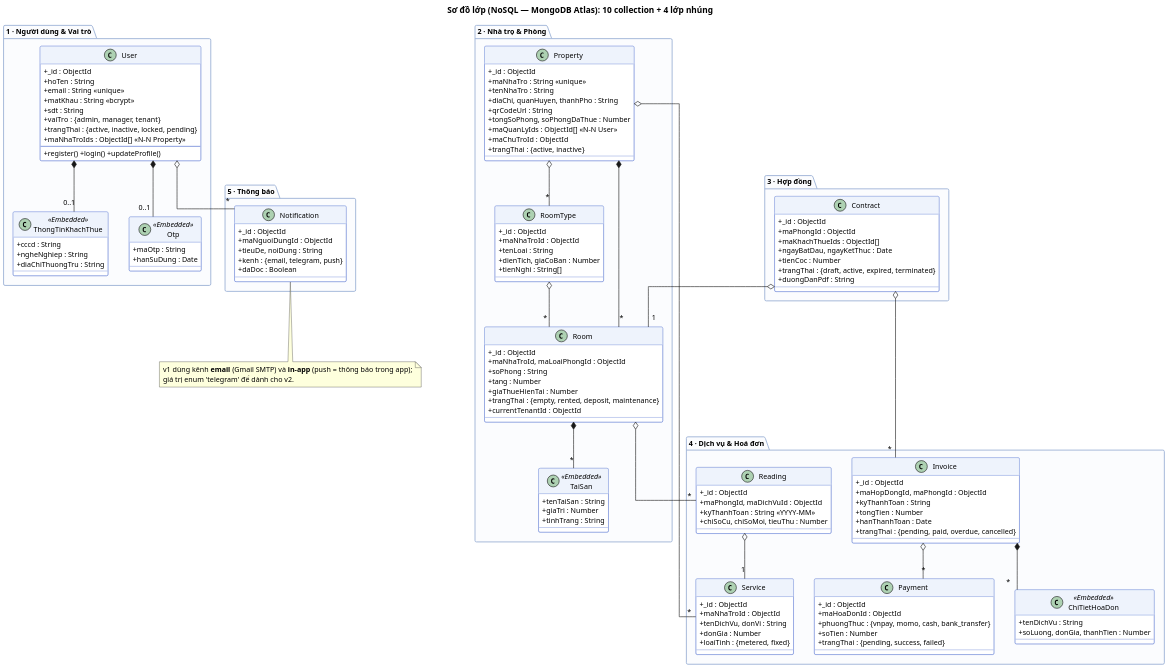
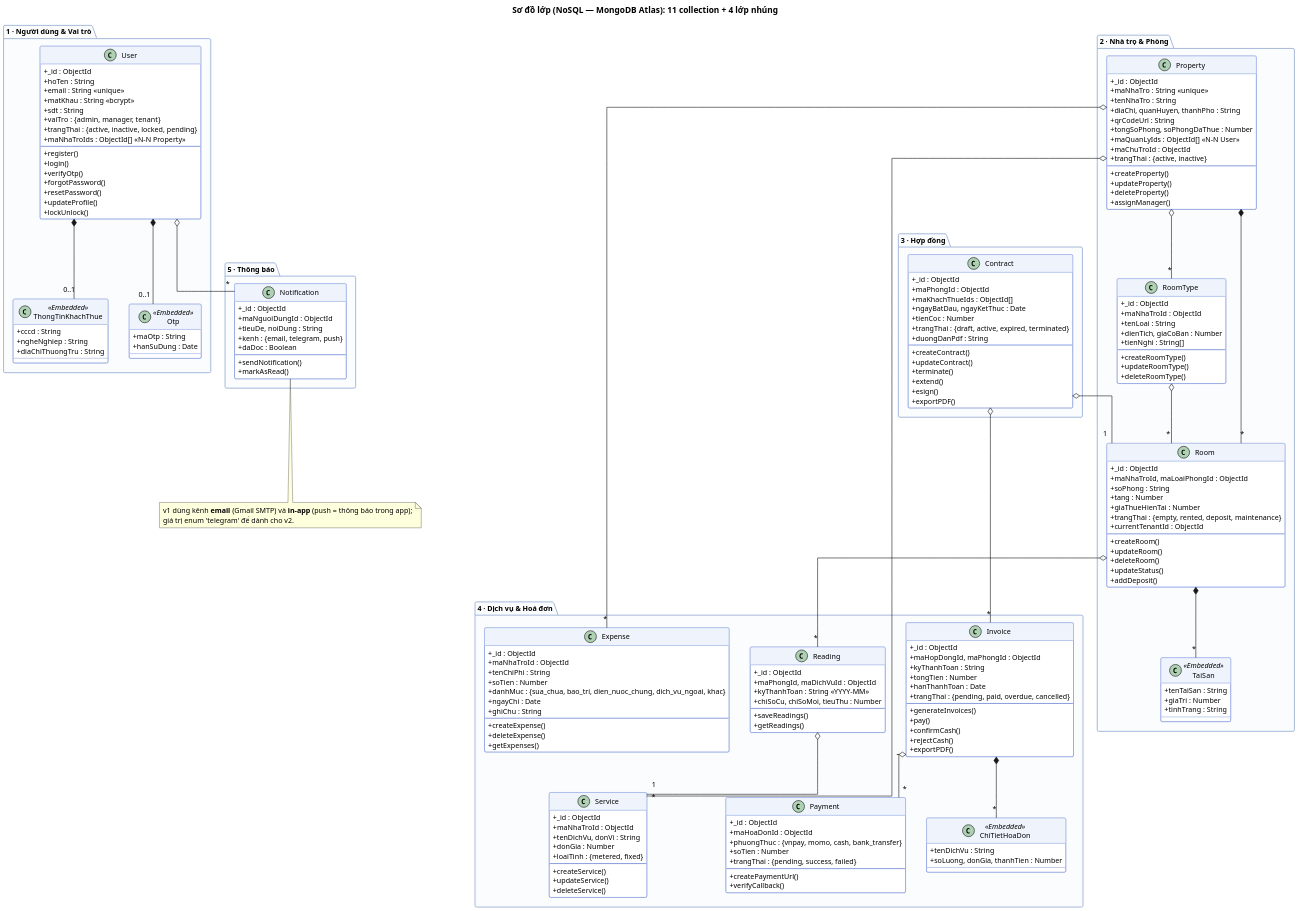
One commit to DiepTuHuy/Hostel_Management changed the diagram in docs/class_diagram.puml. Above: the diagram before and after it, drawn with PlantUML. The commit also changed 26 other files, not shown here.

```diff
--- a/docs/class_diagram.puml
+++ b/docs/class_diagram.puml
@@ -1,5 +1,5 @@
 @startuml ClassDiagram
-title Sơ đồ lớp (NoSQL — MongoDB Atlas): 10 collection + 4 lớp nhúng
+title Sơ đồ lớp (NoSQL — MongoDB Atlas): 11 collection + 4 lớp nhúng
 
 skinparam dpi 150
 skinparam shadowing false
@@ -28,7 +28,13 @@
     +trangThai : {active, inactive, locked, pending}
     +maNhaTroIds : ObjectId[] <<N–N Property>>
     --
-    +register() +login() +updateProfile()
+    +register()
+    +login()
+    +verifyOtp()
+    +forgotPassword()
+    +resetPassword()
+    +updateProfile()
+    +lockUnlock()
   }
   class ThongTinKhachThue <<Embedded>> {
     +cccd : String
@@ -54,6 +60,11 @@
     +maQuanLyIds : ObjectId[] <<N–N User>>
     +maChuTroId : ObjectId
     +trangThai : {active, inactive}
+    --
+    +createProperty()
+    +updateProperty()
+    +deleteProperty()
+    +assignManager()
   }
   class RoomType {
     +_id : ObjectId
@@ -61,6 +72,10 @@
     +tenLoai : String
     +dienTich, giaCoBan : Number
     +tienNghi : String[]
+    --
+    +createRoomType()
+    +updateRoomType()
+    +deleteRoomType()
   }
   class Room {
     +_id : ObjectId
@@ -70,6 +85,12 @@
     +giaThueHienTai : Number
     +trangThai : {empty, rented, deposit, maintenance}
     +currentTenantId : ObjectId
+    --
+    +createRoom()
+    +updateRoom()
+    +deleteRoom()
+    +updateStatus()
+    +addDeposit()
   }
   class TaiSan <<Embedded>> {
     +tenTaiSan : String
@@ -91,6 +112,13 @@
     +tienCoc : Number
     +trangThai : {draft, active, expired, terminated}
     +duongDanPdf : String
+    --
+    +createContract()
+    +updateContract()
+    +terminate()
+    +extend()
+    +esign()
+    +exportPDF()
   }
   Contract o-- "1" Room
 }
@@ -102,12 +130,19 @@
     +tenDichVu, donVi : String
     +donGia : Number
     +loaiTinh : {metered, fixed}
+    --
+    +createService()
+    +updateService()
+    +deleteService()
   }
   class Reading {
     +_id : ObjectId
     +maPhongId, maDichVuId : ObjectId
     +kyThanhToan : String <<YYYY-MM>>
     +chiSoCu, chiSoMoi, tieuThu : Number
+    --
+    +saveReadings()
+    +getReadings()
   }
   class Invoice {
     +_id : ObjectId
@@ -116,6 +151,12 @@
     +tongTien : Number
     +hanThanhToan : Date
     +trangThai : {pending, paid, overdue, cancelled}
+    --
+    +generateInvoices()
+    +pay()
+    +confirmCash()
+    +rejectCash()
+    +exportPDF()
   }
   class ChiTietHoaDon <<Embedded>> {
     +tenDichVu : String
@@ -127,8 +168,25 @@
     +phuongThuc : {vnpay, momo, cash, bank_transfer}
     +soTien : Number
     +trangThai : {pending, success, failed}
+    --
+    +createPaymentUrl()
+    +verifyCallback()
+  }
+  class Expense {
+    +_id : ObjectId
+    +maNhaTroId : ObjectId
+    +tenChiPhi : String
+    +soTien : Number
+    +danhMuc : {sua_chua, bao_tri, dien_nuoc_chung, dich_vu_ngoai, khac}
+    +ngayChi : Date
+    +ghiChu : String
+    --
+    +createExpense()
+    +deleteExpense()
+    +getExpenses()
   }
   Property o-- "*" Service
+  Property o-- "*" Expense
   Room o-- "*" Reading
   Reading o-- "1" Service
   Contract o-- "*" Invoice
@@ -143,6 +201,9 @@
     +tieuDe, noiDung : String
     +kenh : {email, telegram, push}
     +daDoc : Boolean
+    --
+    +sendNotification()
+    +markAsRead()
   }
   User o-- "*" Notification
 }
```
